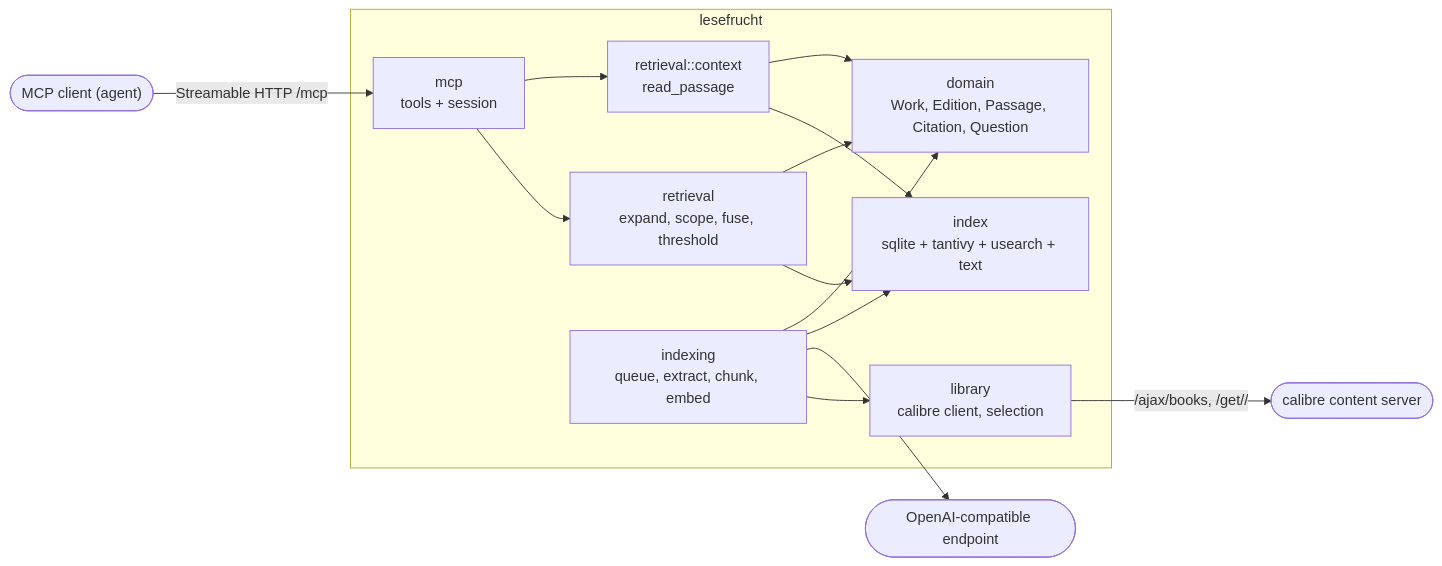
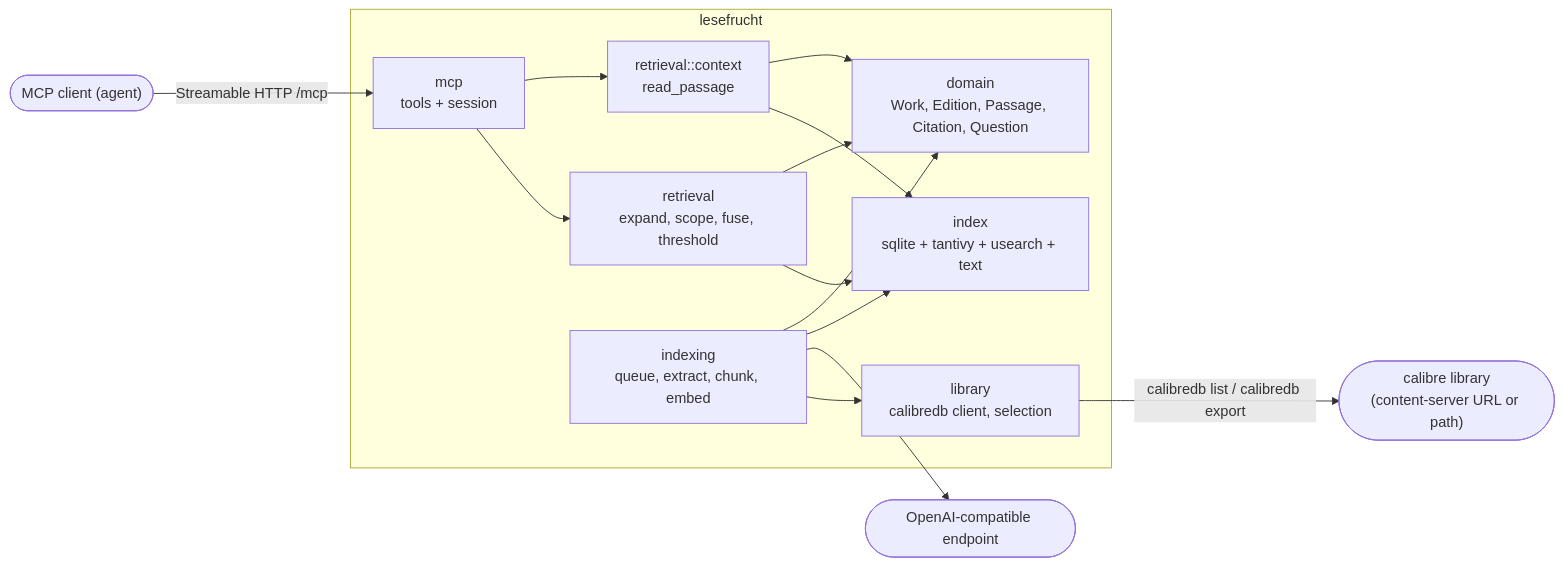
One commit to kressnerd/lesefrucht changed the first of 4 diagrams in givn/changes/passage-retrieval/design.md. Above: the diagram before and after it, drawn with Mermaid. The commit also changed other lines of this file and 23 other files, not shown here.

````diff
--- a/givn/changes/passage-retrieval/design.md
+++ b/givn/changes/passage-retrieval/design.md
@@ -122,28 +137,28 @@
 ```mermaid
 flowchart LR
   Agent(["MCP client (agent)"])
   subgraph product["lesefrucht"]
     MCP["mcp<br/>tools + session"]
     RET["retrieval<br/>expand, scope, fuse, threshold"]
     CTX["retrieval::context<br/>read_passage"]
     IDX["indexing<br/>queue, extract, chunk, embed"]
-    LIB["library<br/>calibre client, selection"]
+    LIB["library<br/>calibredb client, selection"]
     IDXSTORE["index<br/>sqlite + tantivy + usearch + text"]
     DOM["domain<br/>Work, Edition, Passage, Citation, Question"]
   end
-  Calibre(["calibre content server"])
+  Calibre(["calibre library<br/>(content-server URL or path)"])
   Embed(["OpenAI-compatible endpoint"])
 
   Agent -->|"Streamable HTTP /mcp"| MCP
   MCP --> RET
   MCP --> CTX
   RET --> IDXSTORE
   CTX --> IDXSTORE
   IDX --> LIB
   IDX --> Embed
   IDX --> IDXSTORE
-  LIB -->|"/ajax/books, /get/<fmt>/<id>"| Calibre
+  LIB -->|"calibredb list / calibredb export"| Calibre
   RET --> DOM
   CTX --> DOM
   IDX --> DOM
 ```
````
